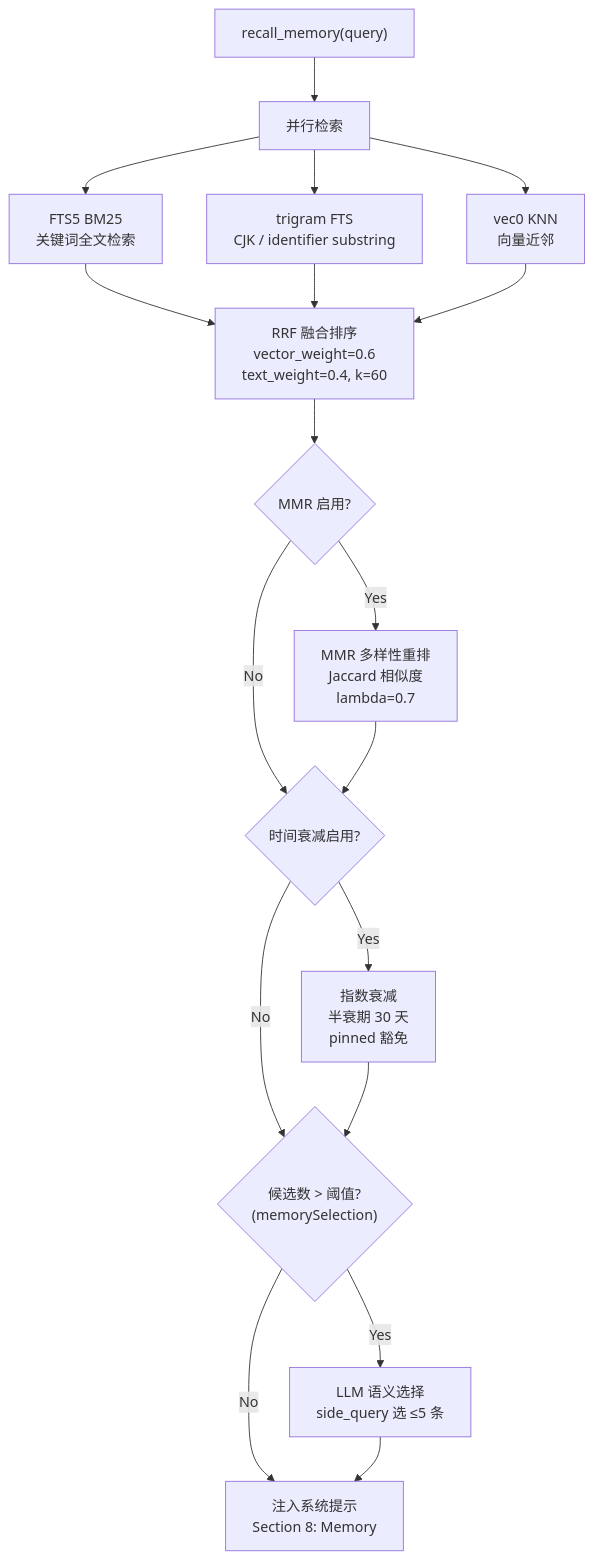
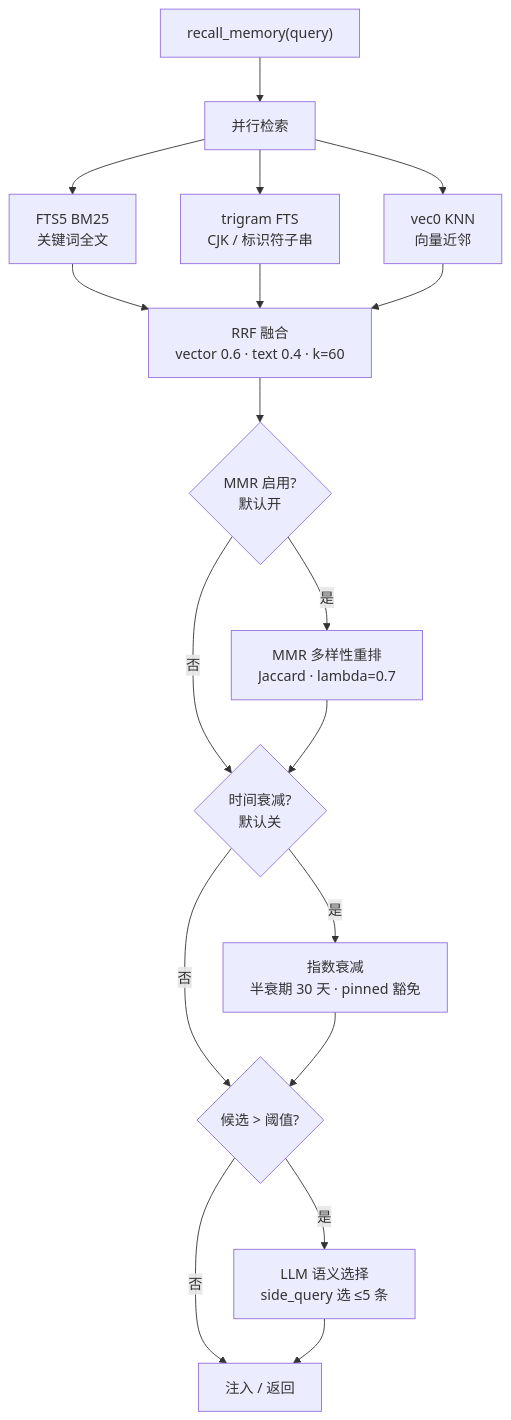
Before and after one commit to shiwenwen/hope-agent: the fifth of 5 diagrams in docs/architecture/memory.md, drawn with Mermaid. The commit also changed other lines of this file and 2 other files, not shown here.

First line of the commit message:
🦭docs: 大件一遍稿（backend-separation/provider-system/memory）——待补对抗校验

````diff
--- a/docs/architecture/memory.md
+++ b/docs/architecture/memory.md
@@ -469,20 +426,20 @@
 ```mermaid
 flowchart TD
     Query["recall_memory(query)"] --> Fork["并行检索"]
-    Fork --> FTS["FTS5 BM25<br/>关键词全文检索"]
-    Fork --> Literal["trigram FTS<br/>CJK / identifier substring"]
+    Fork --> FTS["FTS5 BM25<br/>关键词全文"]
+    Fork --> Literal["trigram FTS<br/>CJK / 标识符子串"]
     Fork --> Vec["vec0 KNN<br/>向量近邻"]
-    FTS --> RRF["RRF 融合排序<br/>vector_weight=0.6<br/>text_weight=0.4, k=60"]
+    FTS --> RRF["RRF 融合<br/>vector 0.6 · text 0.4 · k=60"]
     Literal --> RRF
     Vec --> RRF
-    RRF --> MMR{"MMR 启用?"}
-    MMR -- Yes --> Rerank["MMR 多样性重排<br/>Jaccard 相似度<br/>lambda=0.7"]
-    MMR -- No --> Decay
-    Rerank --> Decay{"时间衰减启用?"}
-    Decay -- Yes --> Apply["指数衰减<br/>半衰期 30 天<br/>pinned 豁免"]
-    Decay -- No --> Select
-    Apply --> Select{"候选数 > 阈值?<br/>(memorySelection)"}
-    Select -- Yes --> LLM["LLM 语义选择<br/>side_query 选 ≤5 条"]
-    Select -- No --> Inject["注入系统提示<br/>Section 8: Memory"]
+    RRF --> MMR{"MMR 启用?<br/>默认开"}
+    MMR -- 是 --> Rerank["MMR 多样性重排<br/>Jaccard · lambda=0.7"]
+    MMR -- 否 --> Decay
+    Rerank --> Decay{"时间衰减?<br/>默认关"}
+    Decay -- 是 --> Apply["指数衰减<br/>半衰期 30 天 · pinned 豁免"]
+    Decay -- 否 --> Select
+    Apply --> Select{"候选 > 阈值?"}
+    Select -- 是 --> LLM["LLM 语义选择<br/>side_query 选 ≤5 条"]
+    Select -- 否 --> Inject["注入 / 返回"]
     LLM --> Inject
 ```
````
